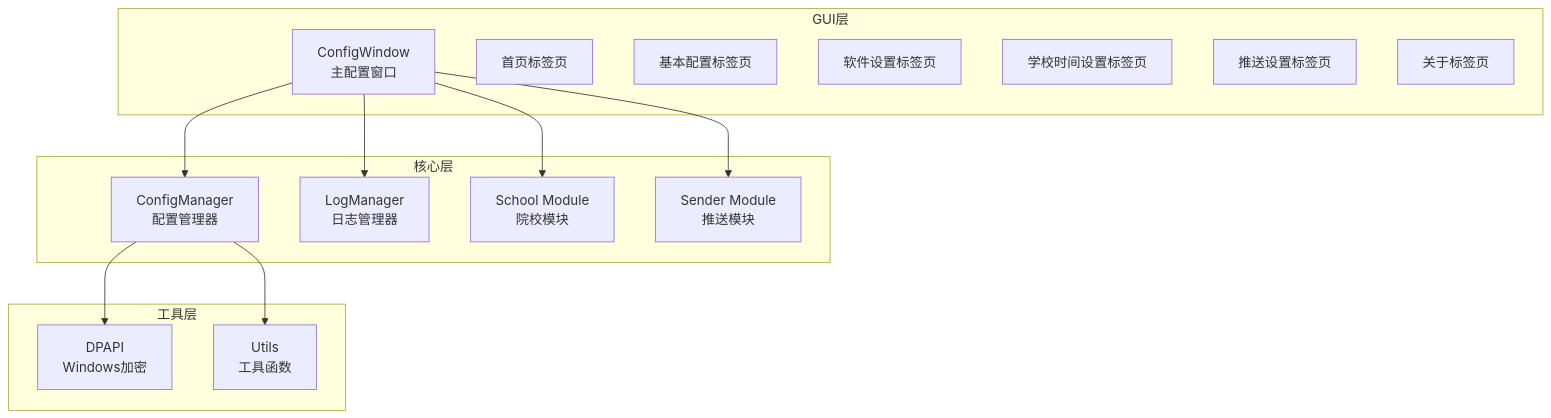
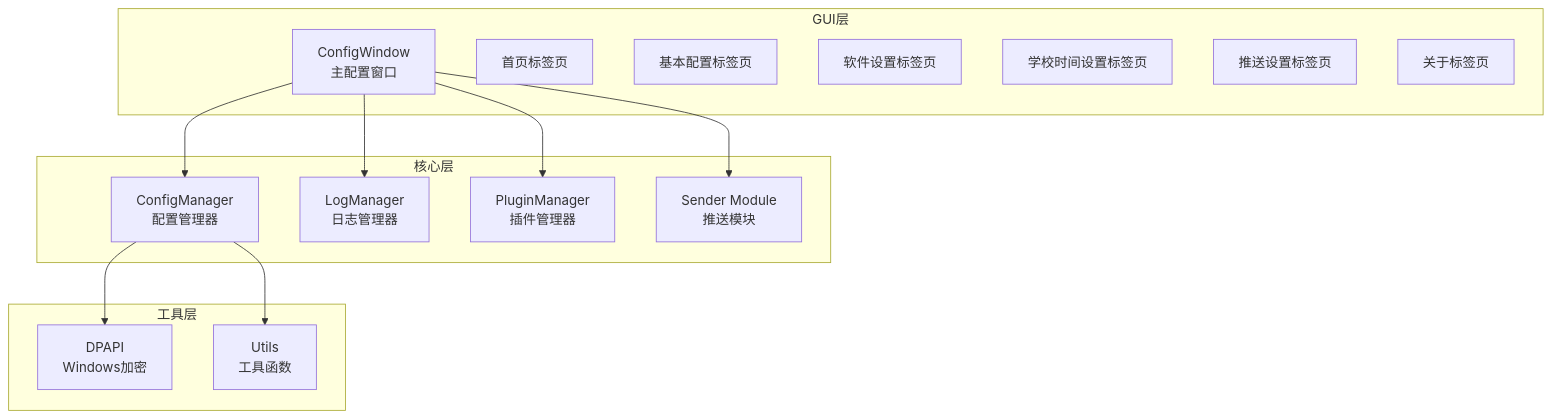
One commit to pjnt9372/Capture_Push changed the first of 5 diagrams in .wiki/zh/content/图形用户界面/配置窗口/软件设置标签页.md. Above: the diagram before and after it, drawn with Mermaid. The commit also changed other lines of this file and 37 other files, not shown here.

````diff
--- a/.wiki/zh/content/图形用户界面/配置窗口/软件设置标签页.md
+++ b/.wiki/zh/content/图形用户界面/配置窗口/软件设置标签页.md
@@ -34,28 +34,28 @@
 ```mermaid
 graph TB
 subgraph "GUI层"
 ConfigWindow[ConfigWindow<br/>主配置窗口]
 HomeTab[首页标签页]
 BasicTab[基本配置标签页]
 SoftwareTab[软件设置标签页]
 SchoolTimeTab[学校时间设置标签页]
 PushTab[推送设置标签页]
 AboutTab[关于标签页]
 end
 subgraph "核心层"
 ConfigManager[ConfigManager<br/>配置管理器]
 LogManager[LogManager<br/>日志管理器]
-SchoolModule[School Module<br/>院校模块]
+PluginManager[PluginManager<br/>插件管理器]
 SenderModule[Sender Module<br/>推送模块]
 end
 subgraph "工具层"
 DPAPI[DPAPI<br/>Windows加密]
 Utils[Utils<br/>工具函数]
 end
 ConfigWindow --> ConfigManager
 ConfigWindow --> LogManager
 ConfigManager --> DPAPI
 ConfigManager --> Utils
-ConfigWindow --> SchoolModule
+ConfigWindow --> PluginManager
 ConfigWindow --> SenderModule
 ```
````
